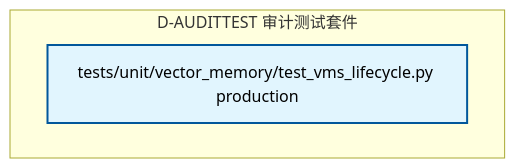
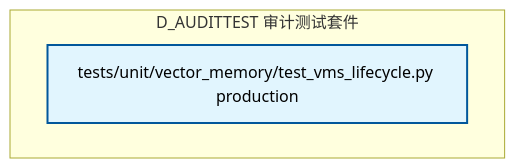
One commit to xuanFelixVan/ZephyrAlpha changed the sixth of 6 diagrams in docs/02_enterprise_architecture/02_domain_architecture_docs/22_d_audittest.md. Above: the diagram before and after it, drawn with Mermaid. The commit also changed other lines of this file and 106 other files, not shown here.

````diff
--- a/docs/02_enterprise_architecture/02_domain_architecture_docs/22_d_audittest.md
+++ b/docs/02_enterprise_architecture/02_domain_architecture_docs/22_d_audittest.md
@@ -292,11 +292,11 @@
 ```mermaid
 graph TD
-    subgraph D_AUDITTEST["D-AUDITTEST 审计测试套件"]
+    subgraph D_AUDITTEST["D_AUDITTEST 审计测试套件"]
         tests_unit_vector_memory_test_vms_lifecycle_py["tests/unit/vector_memory/test_vms_lifecycle.py production"]
     end
     classDef production fill:#e1f5fe,stroke:#01579b,stroke-width:2px,color:#000
     classDef design fill:#fff3e0,stroke:#e65100,stroke-width:2px,color:#000,stroke-dasharray: 5 5
     classDef external_prod fill:#e8f5e9,stroke:#1b5e20,stroke-width:1px,color:#000
     classDef external_design fill:#fce4ec,stroke:#880e4f,stroke-width:1px,color:#000,stroke-dasharray: 5 5
     class tests_unit_vector_memory_test_vms_lifecycle_py production
 ```
````
